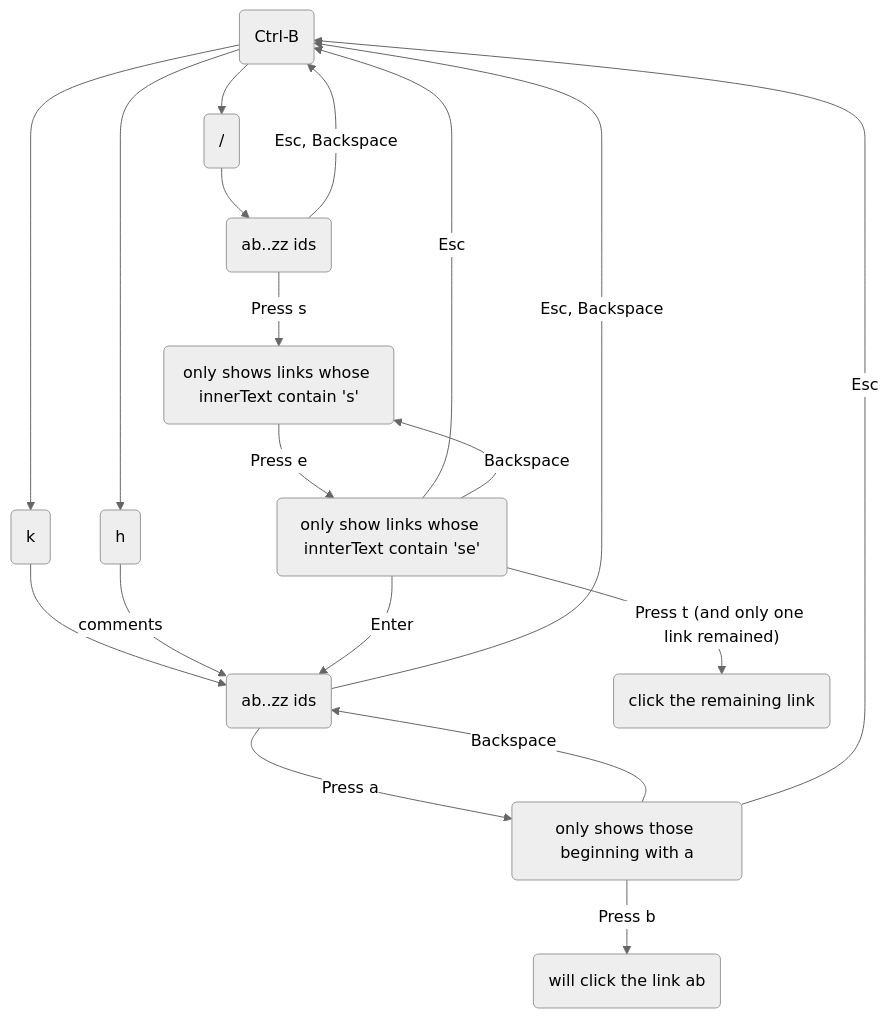
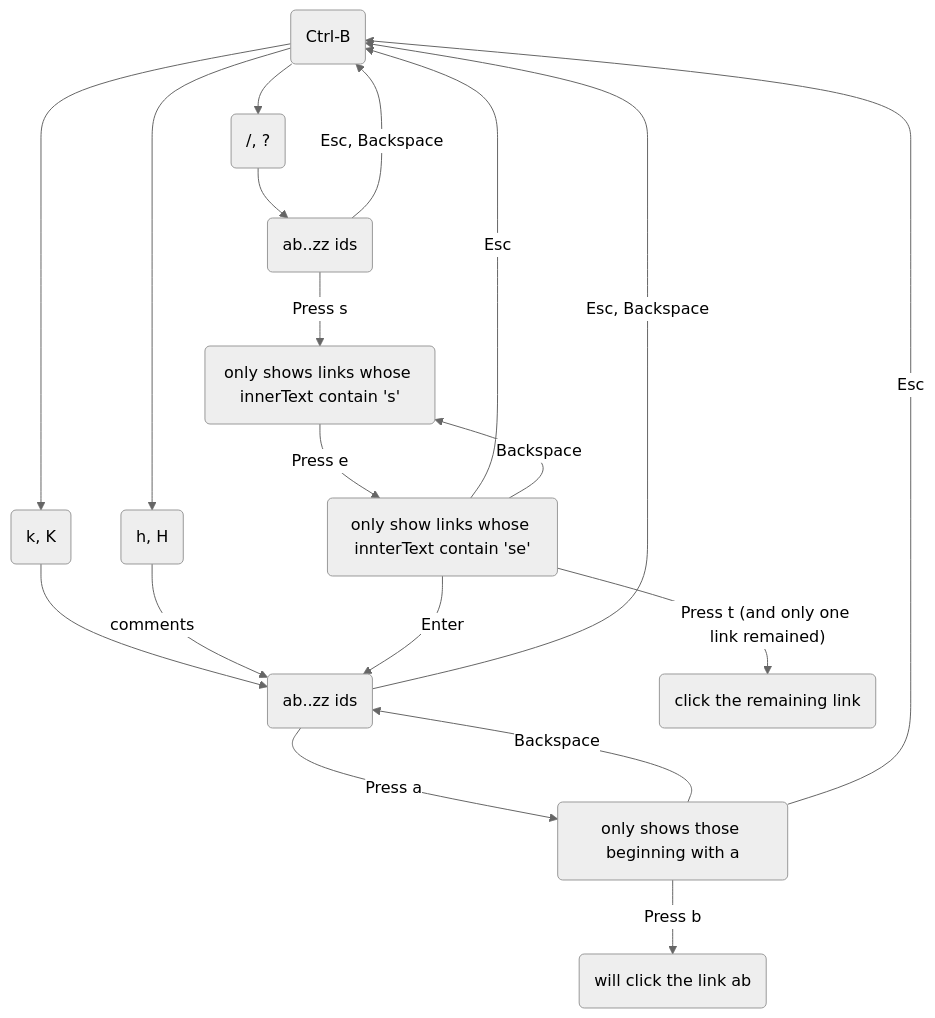
Before and after one commit to eeue56/jump-to: the diagram in README.md, drawn with Mermaid (neutral theme). The commit also changed other lines of this file and 7 other files, not shown here.

````diff
--- a/README.md
+++ b/README.md
@@ -24,22 +25,22 @@
 ```mermaid
     flowchart TB
-        A(Ctrl-B) --> B(k) & V(/) & F(h)
+        A(Ctrl-B) --> B(k, K) & V(/, ?) & F(h, H)
 
-        B(k) --> C(ab..zz ids)
+        B(k, K) --> C(ab..zz ids)
 
         F -- comments --> C
         C -- Esc, Backspace --> A
         C -- Press a --> D(only shows those beginning with a)
         D -- Backspace --> C
         D -- Esc --> A
         D -- Press b--> E(will click the link ab)
 
         V --> X(ab..zz ids)
         X -- Press s --> Y(only shows links whose innerText contain 's')
         X -- Esc, Backspace --> A
         Y -- Press e --> Z(only show links whose innterText contain 'se')
         Z -- Esc --> A
         Z -- Backspace --> Y
         Z -- Press t (and only one link remained) --> P(click the remaining link)
         Z -- Enter --> C
 ```
````
